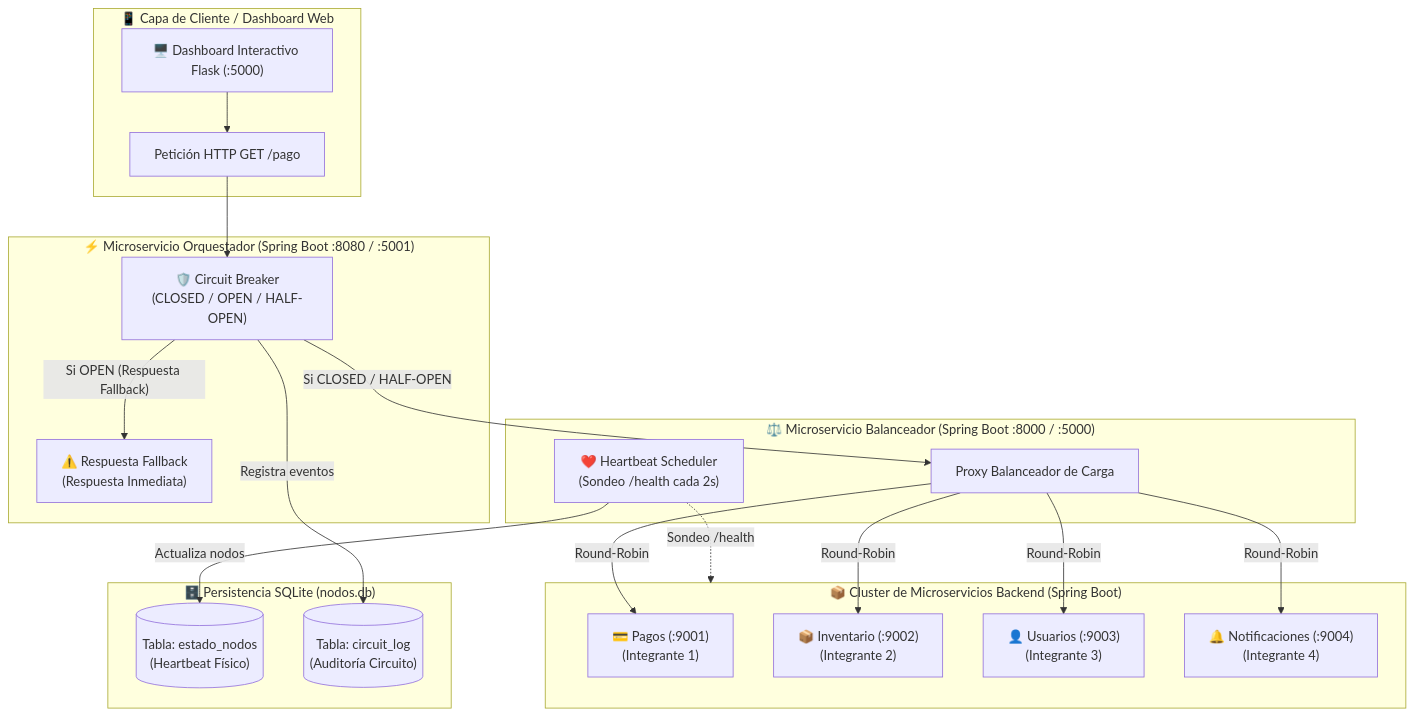
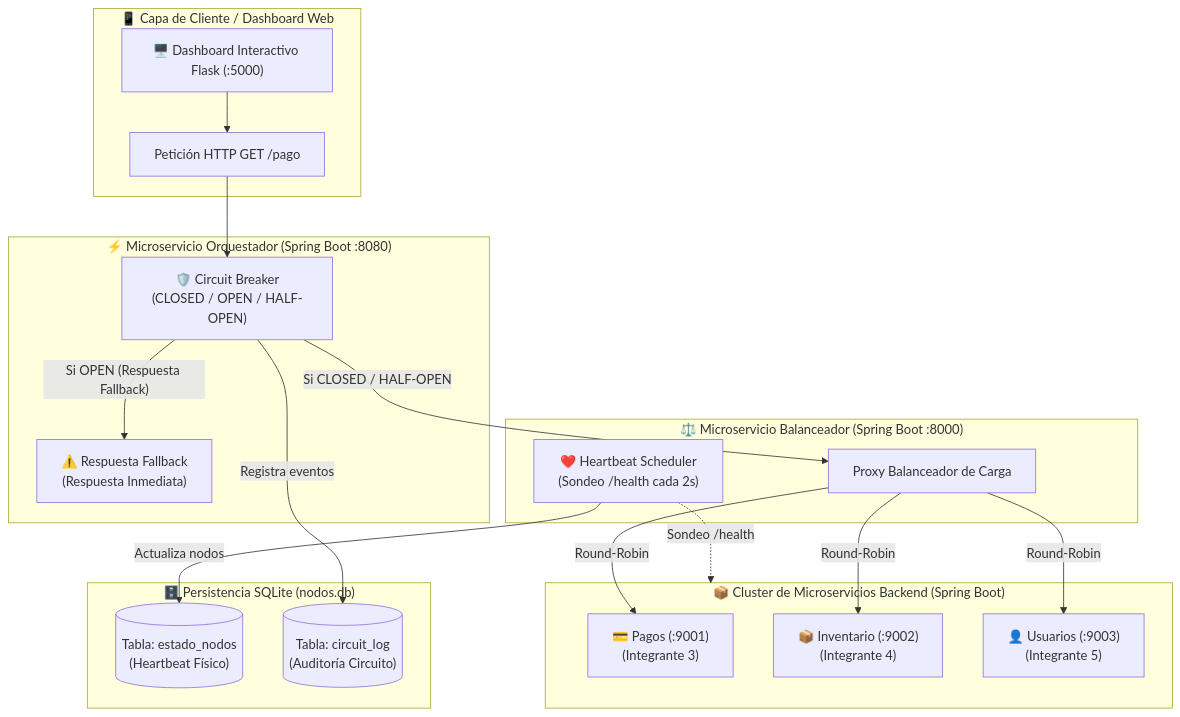
One commit to FrancisJaramilloC/APE_15_16_Distribuidos changed the diagram in README.md. Above: the diagram before and after it, drawn with Mermaid. The commit also changed other lines of this file and 4 other files, not shown here.

First line of the commit message:
feat: Desacoplamiento del Microservicio Notificaciones

````diff
--- a/README.md
+++ b/README.md
@@ -10,45 +10,43 @@
 ```mermaid
 flowchart TD
     subgraph CapaCliente ["📱 Capa de Cliente / Dashboard Web"]
         WebUI["🖥️ Dashboard Interactivo Flask (:5000)"]
         Req["Petición HTTP GET /pago"]
     end
 
-    subgraph CapaOrquestacion ["⚡ Microservicio Orquestador (Spring Boot :8080 / :5001)"]
+    subgraph CapaOrquestacion ["⚡ Microservicio Orquestador (Spring Boot :8080)"]
         CB["🛡️ Circuit Breaker<br/>(CLOSED / OPEN / HALF-OPEN)"]
         FB["⚠️ Respuesta Fallback<br/>(Respuesta Inmediata)"]
     end
 
-    subgraph CapaBalanceo ["⚖️ Microservicio Balanceador (Spring Boot :8000 / :5000)"]
+    subgraph CapaBalanceo ["⚖️ Microservicio Balanceador (Spring Boot :8000)"]
         LB["Proxy Balanceador de Carga"]
         HB["❤️ Heartbeat Scheduler<br/>(Sondeo /health cada 2s)"]
     end
 
     subgraph CapaCluster ["📦 Cluster de Microservicios Backend (Spring Boot)"]
-        B1["💳 Pagos (:9001)<br/>(Integrante 1)"]
-        B2["📦 Inventario (:9002)<br/>(Integrante 2)"]
-        B3["👤 Usuarios (:9003)<br/>(Integrante 3)"]
-        B4["🔔 Notificaciones (:9004)<br/>(Integrante 4)"]
+        B1["💳 Pagos (:9001)<br/>(Integrante 3)"]
+        B2["📦 Inventario (:9002)<br/>(Integrante 4)"]
+        B3["👤 Usuarios (:9003)<br/>(Integrante 5)"]
     end
 
     subgraph CapaPersistencia ["🗄️ Persistencia SQLite (nodos.db)"]
         DB_Nodes[("Tabla: estado_nodos<br/>(Heartbeat Físico)")]
         DB_Circuit[("Tabla: circuit_log<br/>(Auditoría Circuito)")]
     end
 
     %% Flujo Principal de Solicitudes
     WebUI --> Req
     Req --> CB
     CB -->|"Si CLOSED / HALF-OPEN"| LB
     CB -->|"Si OPEN (Respuesta Fallback)"| FB
 
     LB -->|"Round-Robin"| B1
     LB -->|"Round-Robin"| B2
     LB -->|"Round-Robin"| B3
-    LB -->|"Round-Robin"| B4
 
     %% Monitoreo en Segundo Plano y Persistencia
     HB -.->|"Sondeo /health"| CapaCluster
     HB -->|"Actualiza nodos"| DB_Nodes
     CB -->|"Registra eventos"| DB_Circuit
 ```
````
